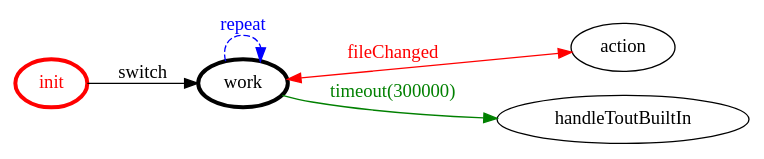
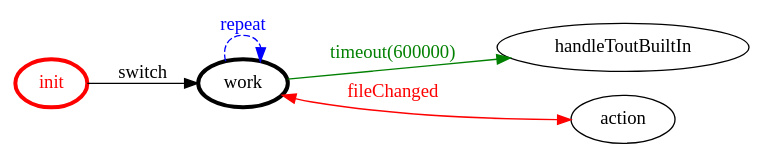
One commit to anatali/lss0 changed the diagram in it.unibo.blsNode.qa/srcMore/it/unibo/qabls0led/qabls0led.gv. Above: the diagram before and after it, drawn with Graphviz. The commit also changed 503 other files, not shown here.

```diff
--- a/it.unibo.blsNode.qa/srcMore/it/unibo/qabls0led/qabls0led.gv
+++ b/it.unibo.blsNode.qa/srcMore/it/unibo/qabls0led/qabls0led.gv
@@ -1,19 +1,19 @@
 /*
 *
 * A GraphViz DOT FSM description 
 * Please use a GraphViz visualizer (like http://www.webgraphviz.com)
 *  
 */
 
 digraph finite_state_machine {
 	rankdir=LR
 	size="8,5"
 	
 	init [ color = red ][ fontcolor = red ][ penwidth = 3 ]
 	work [ color = black ][ fontcolor = black ][ penwidth = 3 ]
 	
+	work -> handleToutBuiltIn [ label = "timeout(600000)" ][ color = green ][ fontcolor = green ]
 	work -> action [ label = "fileChanged" ][ color = red ][ fontcolor = red ][ dir = both ]
-	work -> handleToutBuiltIn [ label = "timeout(300000)" ][ color = green ][ fontcolor = green ]
 	work -> work [ label = "repeat "][ style = dashed ][ color = blue ][ fontcolor = blue ]
 	init -> work [ label = "switch" ][ color = black ][ fontcolor = black ]
 }
```
